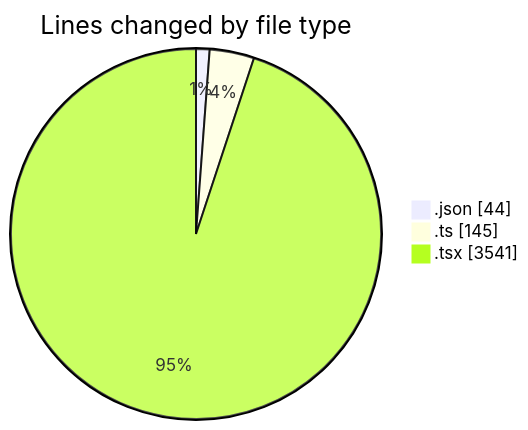
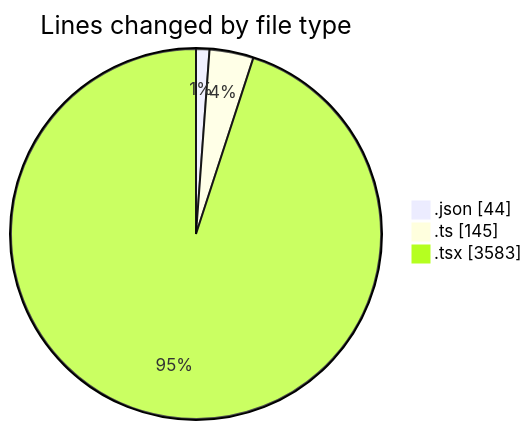
The first of 2 diagrams in 2025-10-24/eventscop-frontend-guide__workspace_/README.md (julien-gomy/code-tracking), drawn with Mermaid before and after one commit. The commit also changed other lines of this file and 1 other file, not shown here.

````diff
--- a/2025-10-24/eventscop-frontend-guide__workspace_/README.md
+++ b/2025-10-24/eventscop-frontend-guide__workspace_/README.md
@@ -36,7 +36,7 @@
 ```mermaid
 pie showData
 title Lines changed by file type
 ".json" : 44
 ".ts" : 145
-".tsx" : 3541
+".tsx" : 3583
 ```
````
